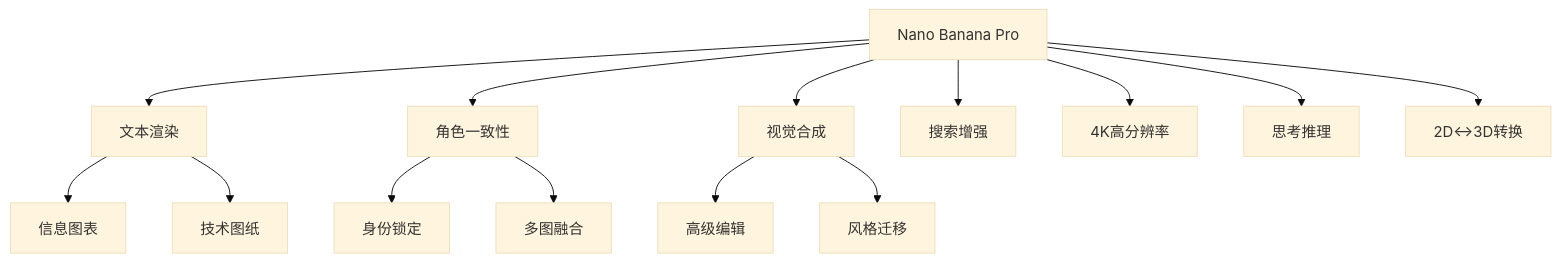
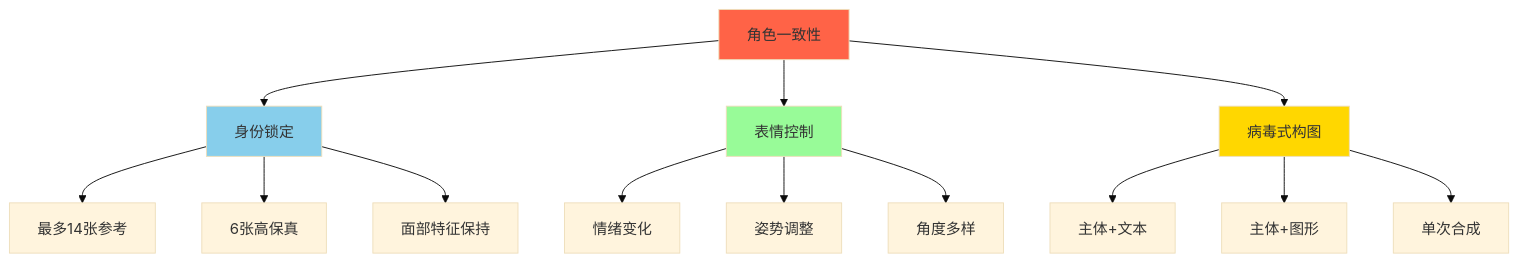
Before and after one commit to rubiklife/rubiklife.github.io: the fourth of 18 diagrams in _posts/2025-11-10-nano-banana-pro-complete-reference.md, drawn with Mermaid (base theme). The commit also changed other lines of this file, not shown here.

Commit message:
modify nano banana pro post

````diff
--- a/_posts/2025-11-10-nano-banana-pro-complete-reference.md
+++ b/_posts/2025-11-10-nano-banana-pro-complete-reference.md
@@ -20,17 +207,23 @@
 ```mermaid
-graph TB
-    A[Nano Banana Pro] --> B[文本渲染]
-    A --> C[角色一致性]
-    A --> D[视觉合成]
-    A --> E[搜索增强]
-    A --> F[4K高分辨率]
-    A --> G[思考推理]
-    A --> H[2D↔3D转换]
+flowchart TD
+    A[角色一致性] --> B[身份锁定]
+    A --> C[表情控制]
+    A --> D[病毒式构图]
     
-    B --> B1[信息图表]
-    B --> B2[技术图纸]
-    C --> C1[身份锁定]
-    C --> C2[多图融合]
-    D --> D3[高级编辑]
-    D --> D4[风格迁移]
+    B --> B1[最多14张参考]
+    B --> B2[6张高保真]
+    B --> B3[面部特征保持]
+    
+    C --> C1[情绪变化]
+    C --> C2[姿势调整]
+    C --> C3[角度多样]
+    
+    D --> D1[主体+文本]
+    D --> D2[主体+图形]
+    D --> D3[单次合成]
+    
+    style A fill:#FF6347
+    style B fill:#87CEEB
+    style C fill:#98FB98
+    style D fill:#FFD700
 ```
````
